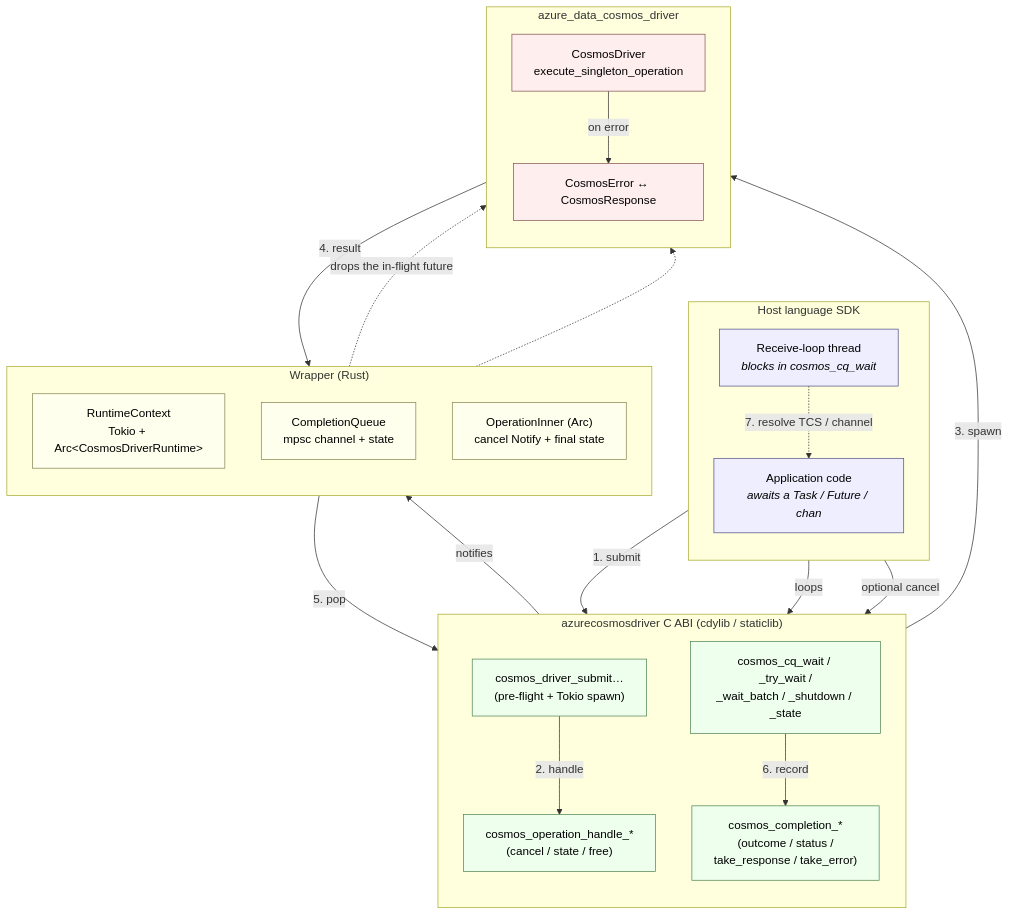
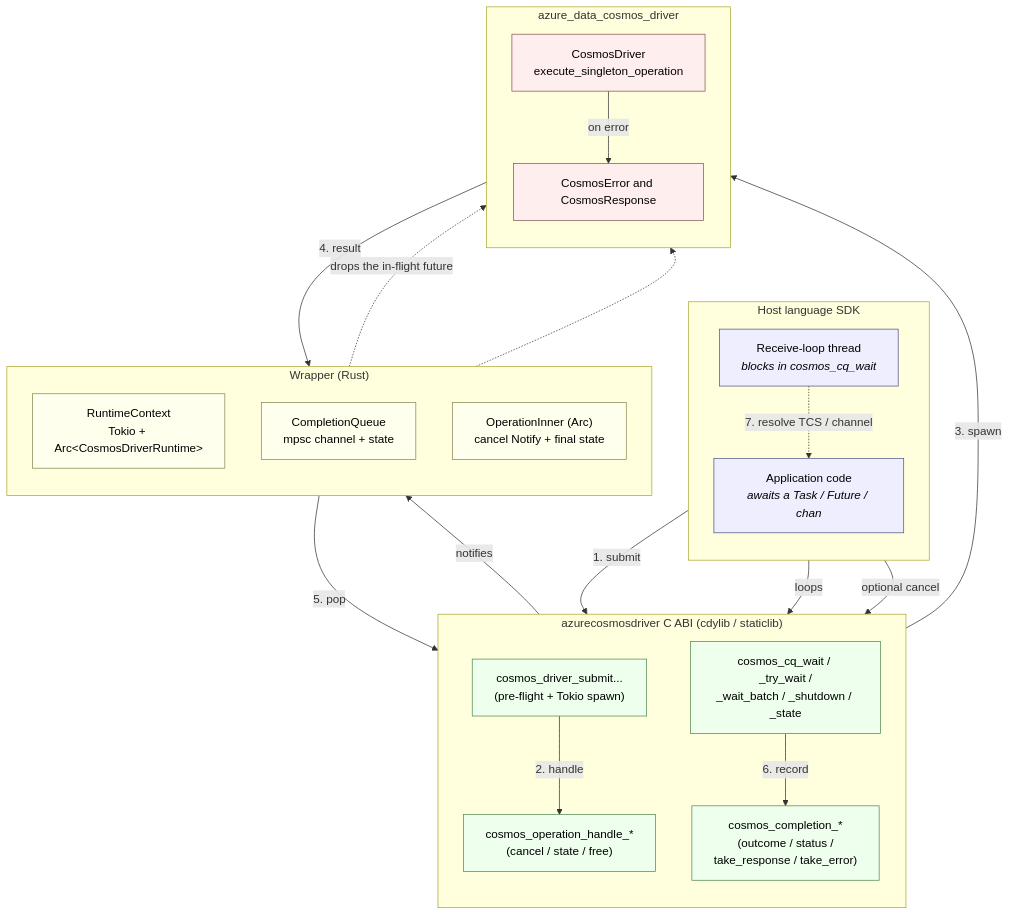
The third of 8 diagrams in sdk/cosmos/azure_data_cosmos_driver/docs/ASYNC_INVOCATION_ARCHITECTURE.md (Azure/azure-sdk-for-rust), drawn with Mermaid before and after one commit. The commit also changed other lines of this file and 1 other file, not shown here.

First line of the commit message:
Cosmos native FFI docs: replace HTML entities with plain text, relocate cspell terms

````diff
--- a/sdk/cosmos/azure_data_cosmos_driver/docs/ASYNC_INVOCATION_ARCHITECTURE.md
+++ b/sdk/cosmos/azure_data_cosmos_driver/docs/ASYNC_INVOCATION_ARCHITECTURE.md
@@ -143,52 +137,52 @@
 ```mermaid
 flowchart TB
     subgraph host["Host language SDK"]
         direction TB
         app["Application code<br/><i>awaits a Task / Future / chan</i>"]
         rcv["Receive-loop thread<br/><i>blocks in cosmos_cq_wait</i>"]
     end
 
     subgraph cabi["azurecosmosdriver C ABI (cdylib / staticlib)"]
         direction TB
-        submit["cosmos_driver_submit&hellip;<br/>(pre-flight + Tokio spawn)"]
+        submit["cosmos_driver_submit...<br/>(pre-flight + Tokio spawn)"]
         cqapi["cosmos_cq_wait / _try_wait /<br/>_wait_batch / _shutdown / _state"]
         compl["cosmos_completion_*<br/>(outcome / status /<br/>take_response / take_error)"]
         oph["cosmos_operation_handle_*<br/>(cancel / state / free)"]
     end
 
     subgraph wrap["Wrapper (Rust)"]
         direction TB
         runtime["RuntimeContext<br/>Tokio + Arc&lt;CosmosDriverRuntime&gt;"]
         cq["CompletionQueue<br/>mpsc channel + state"]
         opstate["OperationInner (Arc)<br/>cancel Notify + final state"]
     end
 
     subgraph driver["azure_data_cosmos_driver"]
         direction TB
         cdriver["CosmosDriver<br/>execute_singleton_operation"]
-        cerror["CosmosError &harr; CosmosResponse"]
+        cerror["CosmosError and CosmosResponse"]
     end
 
     app -->|"1. submit"| submit
     submit -->|"3. spawn"| cdriver
     submit -->|"2. handle"| oph
     cdriver -->|"4. result"| cq
     cq -->|"5. pop"| cqapi
     cqapi -->|"6. record"| compl
     rcv -->|"loops"| cqapi
     rcv -.->|"7. resolve TCS / channel"| app
     app -->|"optional cancel"| oph
     oph -->|"notifies"| opstate
     opstate -.->|"drops the in-flight future"| cdriver
     cdriver -->|"on error"| cerror
     runtime -.-> cdriver
 
     classDef host fill:#eef,stroke:#558,color:#000
     classDef cabi fill:#efe,stroke:#585,color:#000
     classDef wrap fill:#ffe,stroke:#885,color:#000
     classDef driver fill:#fee,stroke:#855,color:#000
     class app,rcv host
     class submit,cqapi,compl,oph cabi
     class runtime,cq,opstate wrap
     class cdriver,cerror driver
 ```
````
